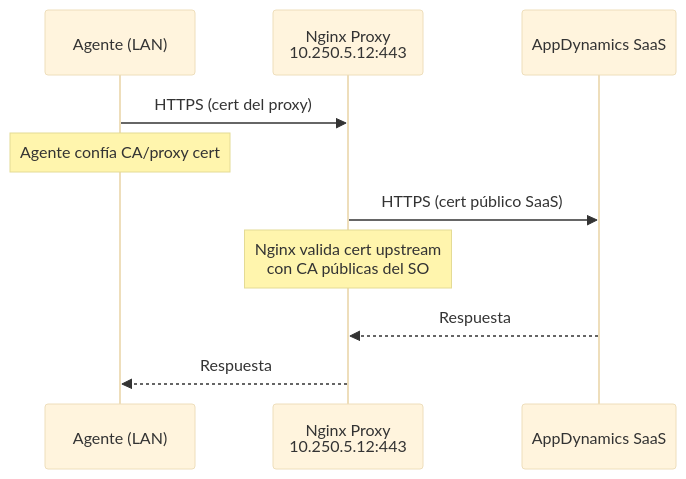
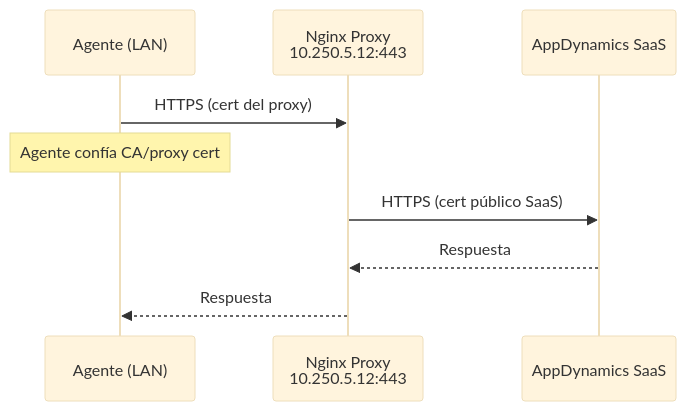
The second of 4 diagrams in docs/00-arquitectura/arquitectura-general.md (ulix1808/ICASA_Observability), drawn with Mermaid (base theme) before and after one commit. The commit also changed other lines of this file and 10 other files, not shown here.

````diff
--- a/docs/00-arquitectura/arquitectura-general.md
+++ b/docs/00-arquitectura/arquitectura-general.md
@@ -60,13 +71,12 @@
 ```mermaid
 sequenceDiagram
     participant AGT as Agente (LAN)
     participant NGX as Nginx Proxy<br/>10.250.5.12:443
     participant APPD as AppDynamics SaaS
 
     AGT->>NGX: HTTPS (cert del proxy)
     Note over AGT: Agente confía CA/proxy cert
     NGX->>APPD: HTTPS (cert público SaaS)
-    Note over NGX: Nginx valida cert upstream<br/>con CA públicas del SO
     APPD-->>NGX: Respuesta
     NGX-->>AGT: Respuesta
 ```
````
